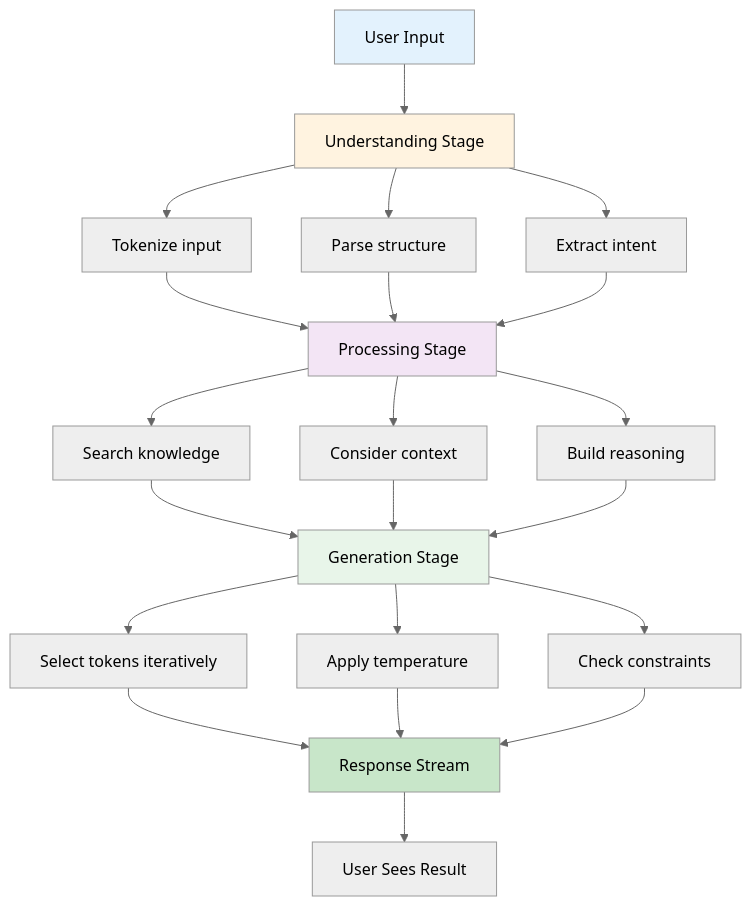
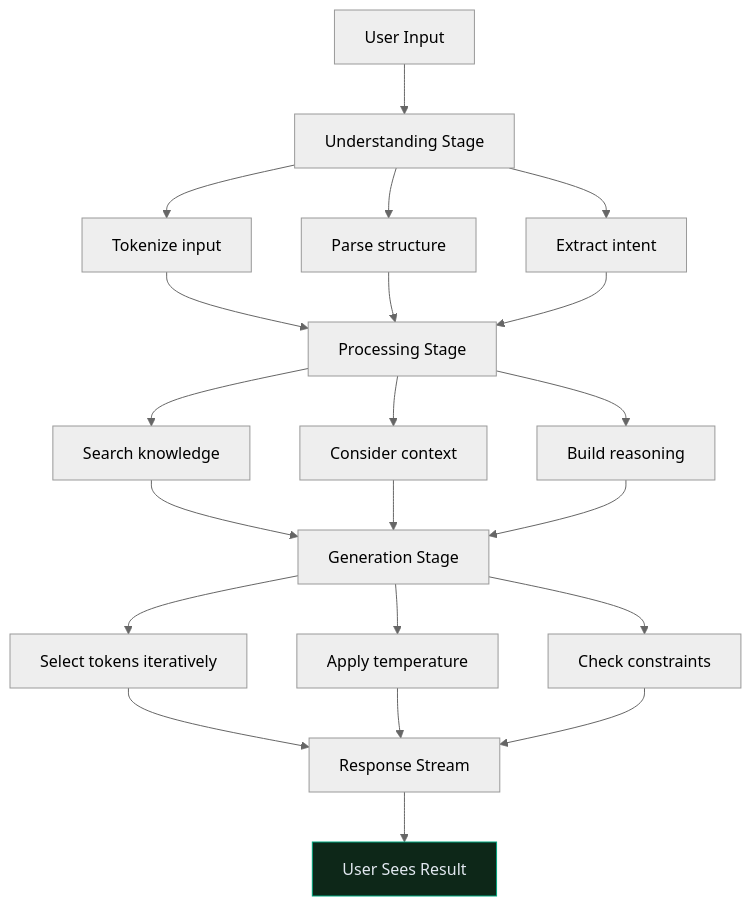
The fourth of 9 diagrams in docs/03_AI-Fluency-Framework-Foundations.md (CagriCatik/claude-ollama-coder), drawn with Mermaid (neutral theme) before and after one commit. The commit also changed other lines of this file and 16 other files, not shown here.

````diff
--- a/docs/03_AI-Fluency-Framework-Foundations.md
+++ b/docs/03_AI-Fluency-Framework-Foundations.md
@@ -130,36 +126,32 @@
 ```mermaid
 graph TB
     A["User Input"] --> B["Understanding Stage"]
     
     B --> B1["Tokenize input"]
     B --> B2["Parse structure"]
     B --> B3["Extract intent"]
     
     B1 --> C["Processing Stage"]
     B2 --> C
     B3 --> C
     
     C --> C1["Search knowledge"]
     C --> C2["Consider context"]
     C --> C3["Build reasoning"]
     
     C1 --> D["Generation Stage"]
     C2 --> D
     C3 --> D
     
     D --> D1["Select tokens iteratively"]
     D --> D2["Apply temperature"]
     D --> D3["Check constraints"]
     
     D1 --> E["Response Stream"]
     D2 --> E
     D3 --> E
     
     E --> F["User Sees Result"]
     
-    style A fill:#e3f2fd
-    style B fill:#fff3e0
-    style C fill:#f3e5f5
-    style D fill:#e8f5e9
-    style E fill:#c8e6c9
+    style F fill:#0d2718,stroke:#00a67e,color:#e2e8f0
 ```
````
